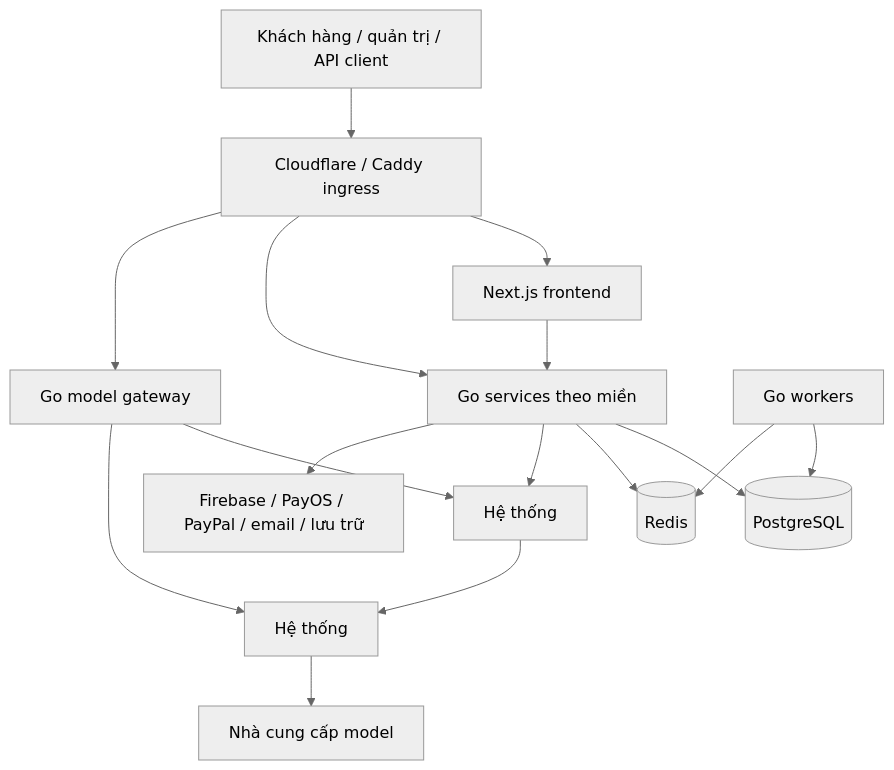
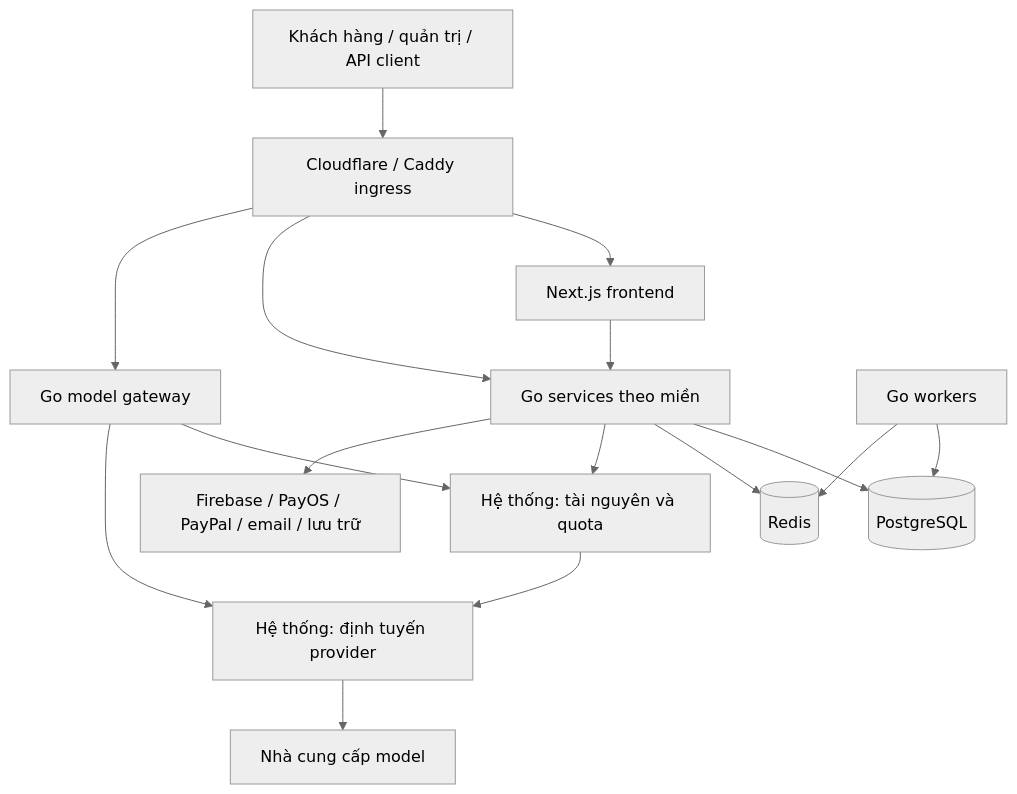
Before and after one commit to levantri10/shopaipro-overview: the diagram in README.md, drawn with Mermaid (neutral theme). The commit also changed other lines of this file and 1 other file, not shown here.

````diff
--- a/README.md
+++ b/README.md
@@ -55,18 +61,18 @@
 ```mermaid
 flowchart TB
     U[Khách hàng / quản trị / API client] --> EDGE[Cloudflare / Caddy ingress]
     EDGE --> WEB[Next.js frontend]
     EDGE --> API[Go services theo miền]
     EDGE --> GW[Go model gateway]
     WEB --> API
     API --> PG[(PostgreSQL)]
     API --> RD[(Redis)]
     W[Go workers] --> PG
     W --> RD
-    API --> NEW[Hệ thống]
+    API --> NEW[Hệ thống: tài nguyên và quota]
     GW --> NEW
-    GW --> ROUTER[Hệ thống]
+    GW --> ROUTER[Hệ thống: định tuyến provider]
     NEW --> ROUTER
     ROUTER --> PROVIDER[Nhà cung cấp model]
     API --> EXT[Firebase / PayOS / PayPal / email / lưu trữ]
 ```
````
